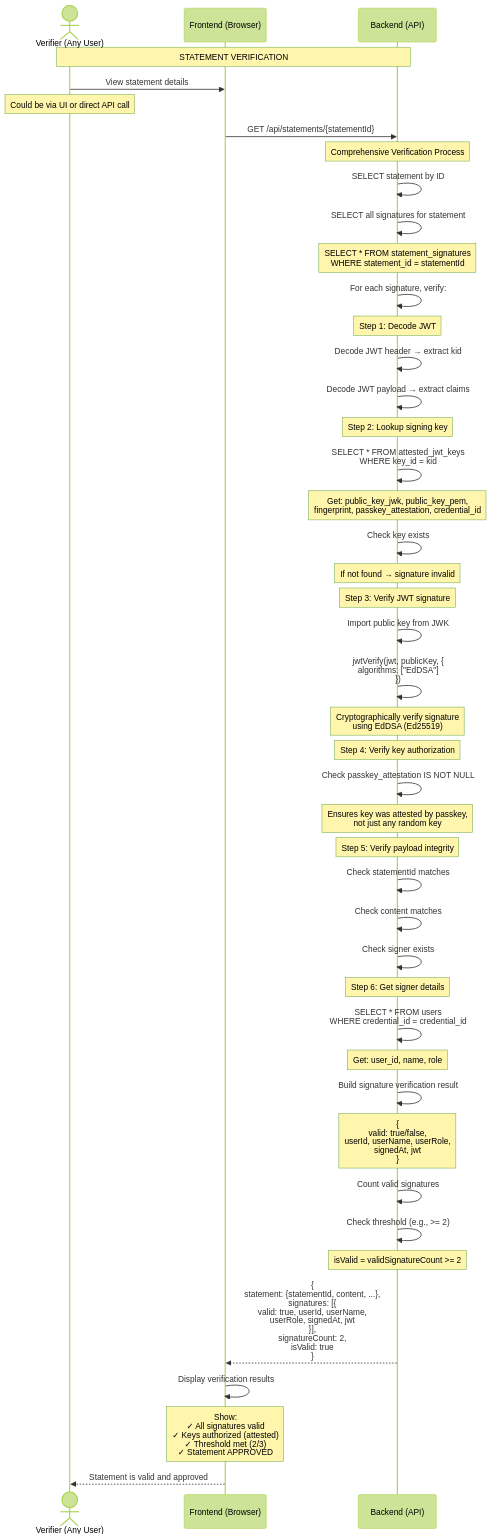
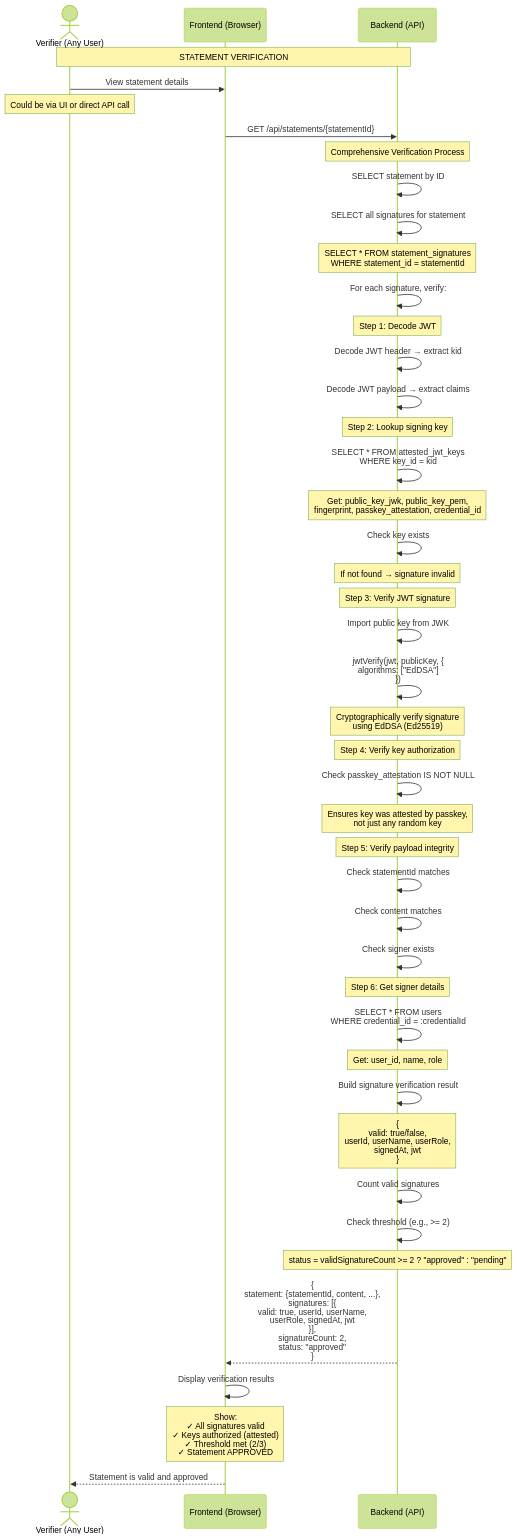
Before and after one commit to nucypher/passkeys-jwt-poc: the fourth of 4 diagrams in docs/SEQUENCE-DIAGRAM.md, drawn with Mermaid (forest theme). The commit also changed other lines of this file and 18 other files, not shown here.

Commit message:
feat: Streamline user registration and JWT key attestation into a single API endpoint and update JWT verification and other documentation.

````diff
--- a/docs/SEQUENCE-DIAGRAM.md
+++ b/docs/SEQUENCE-DIAGRAM.md
@@ -235,63 +236,63 @@
 ```mermaid
 sequenceDiagram
     actor Verifier as Verifier (Any User)
     participant Frontend as Frontend (Browser)
     participant Backend as Backend (API)
 
     Note over Verifier,Backend: STATEMENT VERIFICATION
 
     Verifier->>Frontend: View statement details
     Note over Verifier: Could be via UI or direct API call
 
     Frontend->>Backend: GET /api/statements/{statementId}
 
     Note over Backend: Comprehensive Verification Process
     Backend->>Backend: SELECT statement by ID
     Backend->>Backend: SELECT all signatures for statement
     Note over Backend: SELECT * FROM statement_signatures<br/>WHERE statement_id = statementId
 
     Backend->>Backend: For each signature, verify:
 
     Note over Backend: Step 1: Decode JWT
     Backend->>Backend: Decode JWT header → extract kid
     Backend->>Backend: Decode JWT payload → extract claims
 
     Note over Backend: Step 2: Lookup signing key
     Backend->>Backend: SELECT * FROM attested_jwt_keys<br/>WHERE key_id = kid
     Note over Backend: Get: public_key_jwk, public_key_pem,<br/>fingerprint, passkey_attestation, credential_id
 
     Backend->>Backend: Check key exists
     Note over Backend: If not found → signature invalid
 
     Note over Backend: Step 3: Verify JWT signature
     Backend->>Backend: Import public key from JWK
     Backend->>Backend: jwtVerify(jwt, publicKey, {<br/>  algorithms: ["EdDSA"]<br/>})
     Note over Backend: Cryptographically verify signature<br/>using EdDSA (Ed25519)
 
     Note over Backend: Step 4: Verify key authorization
     Backend->>Backend: Check passkey_attestation IS NOT NULL
     Note over Backend: Ensures key was attested by passkey,<br/>not just any random key
 
     Note over Backend: Step 5: Verify payload integrity
     Backend->>Backend: Check statementId matches
     Backend->>Backend: Check content matches
     Backend->>Backend: Check signer exists
 
     Note over Backend: Step 6: Get signer details
-    Backend->>Backend: SELECT * FROM users<br/>WHERE credential_id = credential_id
+    Backend->>Backend: SELECT * FROM users<br/>WHERE credential_id = :credentialId
     Note over Backend: Get: user_id, name, role
 
     Backend->>Backend: Build signature verification result
     Note over Backend: {<br/>  valid: true/false,<br/>  userId, userName, userRole,<br/>  signedAt, jwt<br/>}
 
     Backend->>Backend: Count valid signatures
     Backend->>Backend: Check threshold (e.g., >= 2)
-    Note over Backend: isValid = validSignatureCount >= 2
+    Note over Backend: status = validSignatureCount >= 2 ? "approved" : "pending"
 
-    Backend-->>Frontend: {<br/>  statement: {statementId, content, ...},<br/>  signatures: [{<br/>    valid: true, userId, userName,<br/>    userRole, signedAt, jwt<br/>  }],<br/>  signatureCount: 2,<br/>  isValid: true<br/>}
+    Backend-->>Frontend: {<br/>  statement: {statementId, content, ...},<br/>  signatures: [{<br/>    valid: true, userId, userName,<br/>    userRole, signedAt, jwt<br/>  }],<br/>  signatureCount: 2,<br/>  status: "approved"<br/>}
 
     Frontend->>Frontend: Display verification results
     Note over Frontend: Show:<br/>✓ All signatures valid<br/>✓ Keys authorized (attested)<br/>✓ Threshold met (2/3)<br/>✓ Statement APPROVED
 
     Frontend-->>Verifier: Statement is valid and approved
 ```
````
